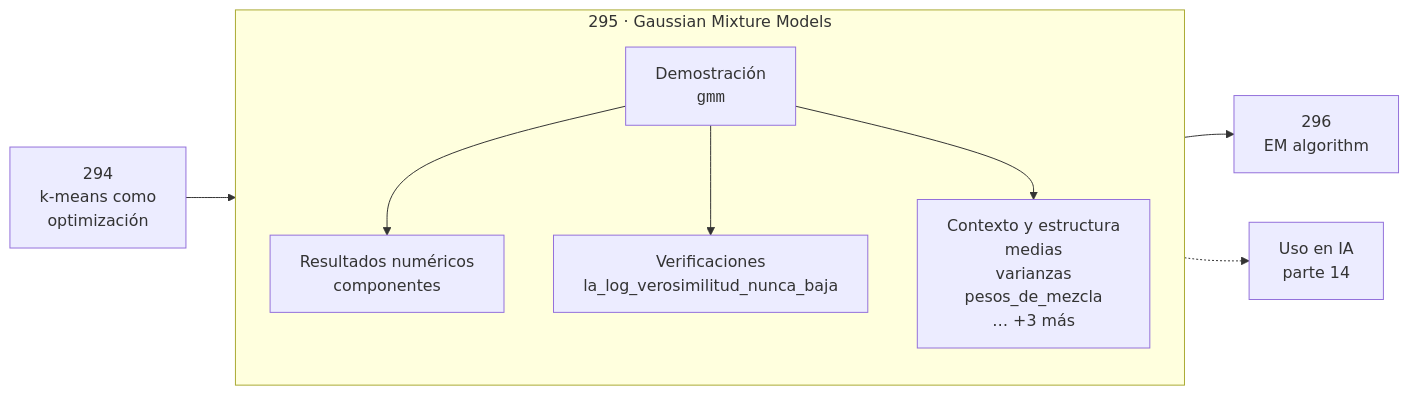
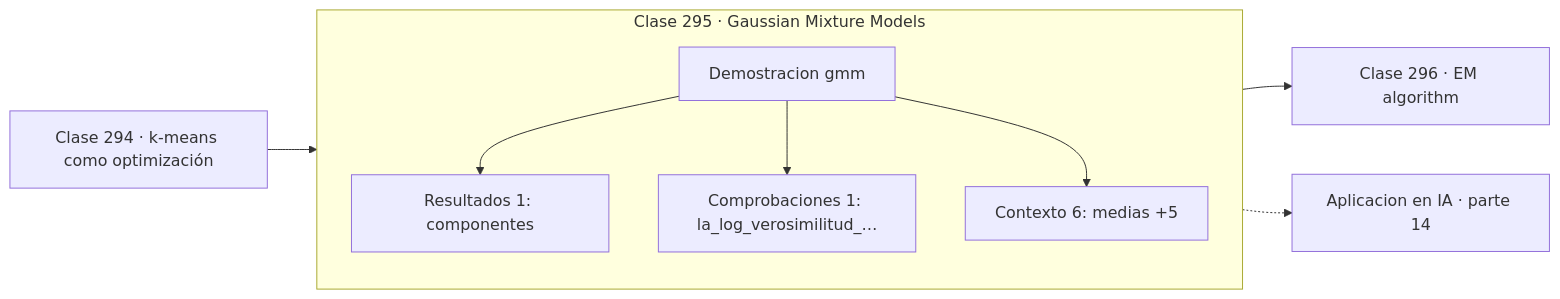
The diagram in classes/part-14-matematica-de-machine-learning/295-gaussian-mixture-models/README.md (vladimiracunadev-create/computational-mathematics-program), drawn with Mermaid before and after one commit. The commit also changed 389 other files, not shown here.

First line of the commit message:
fix(diagramas): elimina el HTML de las etiquetas Mermaid

````diff
--- a/classes/part-14-matematica-de-machine-learning/295-gaussian-mixture-models/README.md
+++ b/classes/part-14-matematica-de-machine-learning/295-gaussian-mixture-models/README.md
@@ -30,12 +30,13 @@
 ```mermaid
 flowchart LR
-    P["294<br/>k-means como<br/>optimización"] --> C
-    subgraph C["295 · Gaussian Mixture Models"]
+    P["Clase 294 · k-means como optimización"] --> D
+    subgraph CLASE["Clase 295 · Gaussian Mixture Models"]
         direction TB
-        D["Demostración<br/><code>gmm</code>"] --> R["Resultados numéricos<br/>componentes"]
-        D --> V["Verificaciones<br/>la_log_verosimilitud_nunca_baja"]
-        D --> O["Contexto y estructura<br/>medias<br/>varianzas<br/>pesos_de_mezcla<br/>… +3 más"]
+        D["Demostracion gmm"]
+        D --> R["Resultados 1: componentes"]
+        D --> V["Comprobaciones 1: la_log_verosimilitud_…"]
+        D --> O["Contexto 6: medias +5"]
     end
-    C --> N["296<br/>EM algorithm"]
-    C -.-> IA["Uso en IA<br/>parte 14"]
+    R --> N["Clase 296 · EM algorithm"]
+    V -.-> IA["Aplicacion en IA · parte 14"]
 ```
````
